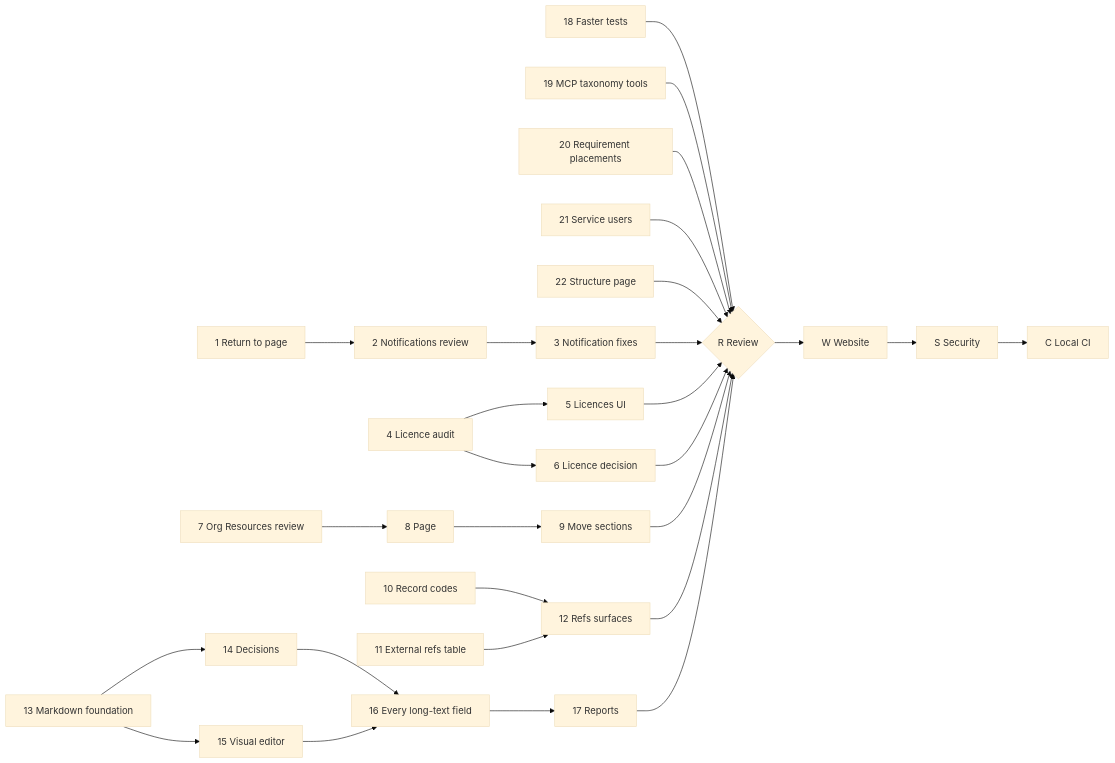
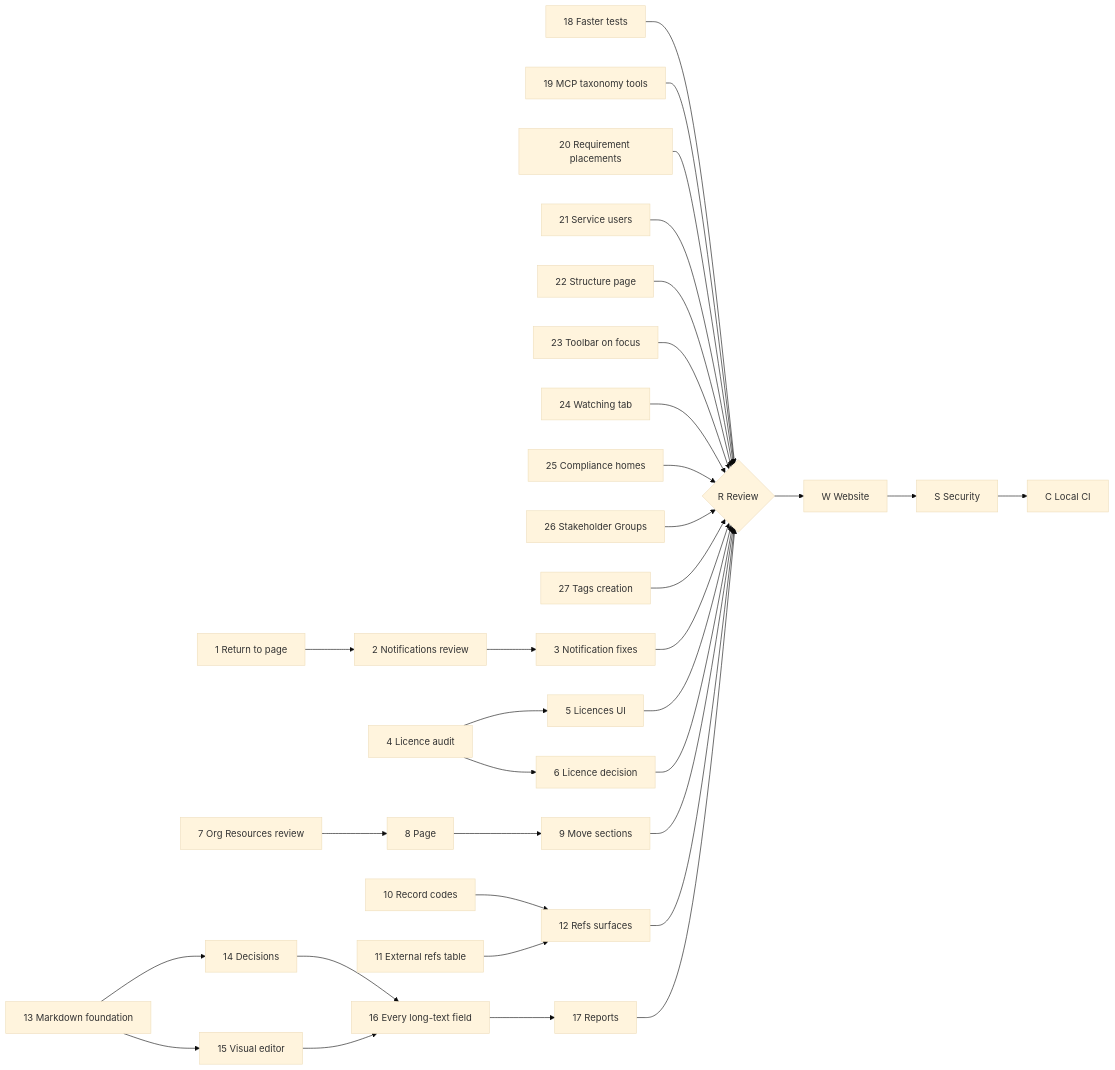
Before and after one commit to ballardr/reqtrackmanager: the diagram in docs/plans/platform-review-2026-11-19-plan.md, drawn with Mermaid (base theme). The commit also changed other lines of this file and 53 other files, not shown here.

````diff
--- a/docs/plans/platform-review-2026-11-19-plan.md
+++ b/docs/plans/platform-review-2026-11-19-plan.md
@@ -40,27 +45,32 @@
 ```mermaid
 flowchart LR
     P1["1 Return to page"] --> P2["2 Notifications review"]
     P2 --> P3["3 Notification fixes"]
     P4["4 Licence audit"] --> P5["5 Licences UI"]
     P4 --> P6["6 Licence decision"]
     P7["7 Org Resources review"] --> P8["8 Page"] --> P9["9 Move sections"]
     P10["10 Record codes"] --> P12["12 Refs surfaces"]
     P11["11 External refs table"] --> P12
     P13["13 Markdown foundation"] --> P14["14 Decisions"]
     P13 --> P15["15 Visual editor"]
     P14 --> P16["16 Every long-text field"]
     P15 --> P16
     P16 --> P17["17 Reports"]
     P18["18 Faster tests"] --> R
     P19["19 MCP taxonomy tools"] --> R
     P20["20 Requirement placements"] --> R
     P21["21 Service users"] --> R
     P22["22 Structure page"] --> R
+    P23["23 Toolbar on focus"] --> R
+    P24["24 Watching tab"] --> R
+    P25["25 Compliance homes"] --> R
+    P26["26 Stakeholder Groups"] --> R
+    P27["27 Tags creation"] --> R
     P3 --> R{"R Review"}
     P5 --> R
     P6 --> R
     P9 --> R
     P12 --> R
     P17 --> R
     R --> W["W Website"] --> S["S Security"] --> C["C Local CI"]
 ```
````
